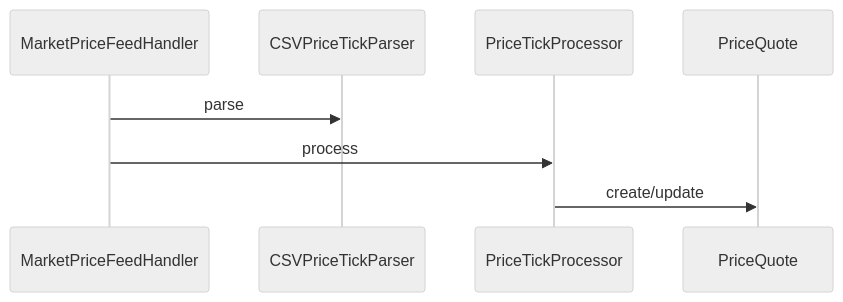
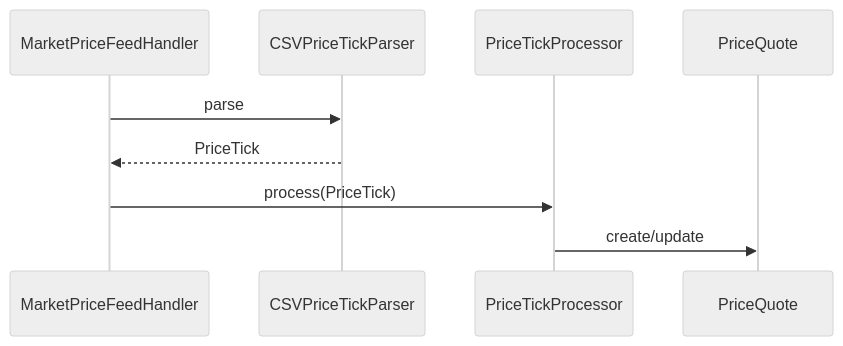
One commit to amitdawle/marketpricehandler changed the first of 2 diagrams in README.md. Above: the diagram before and after it, drawn with Mermaid (neutral theme).

````diff
--- a/README.md
+++ b/README.md
@@ -29,6 +29,7 @@
 ```mermaid
   sequenceDiagram
     MarketPriceFeedHandler ->> CSVPriceTickParser: parse
-    MarketPriceFeedHandler ->> PriceTickProcessor: process
+    CSVPriceTickParser -->> MarketPriceFeedHandler : PriceTick
+    MarketPriceFeedHandler ->> PriceTickProcessor: process(PriceTick)
     PriceTickProcessor ->> PriceQuote :  create/update
 ```
````
